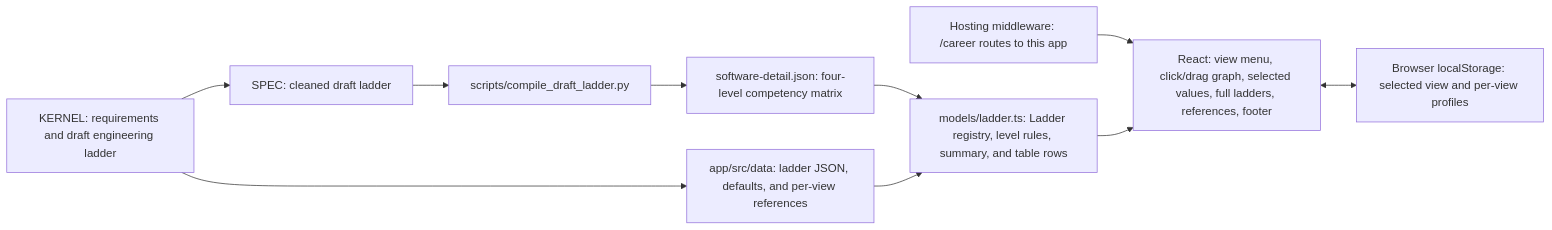
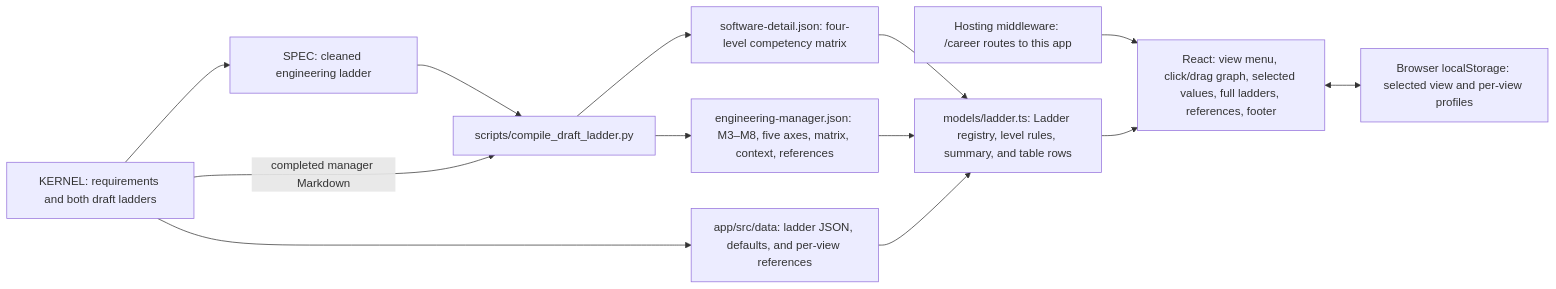
Before and after one commit to johnpfeiffer/career: the first of 2 diagrams in architecture.md, drawn with Mermaid. The commit also changed other lines of this file and 18 other files, not shown here.

Commit message:
refactor to generalize to Ladder, add substantial content to get MVP engineering manager track

````diff
--- a/architecture.md
+++ b/architecture.md
@@ -7,12 +7,15 @@
 ```mermaid
 flowchart LR
-    K["KERNEL: requirements and draft engineering ladder"] --> M["SPEC: cleaned draft ladder"]
+    K["KERNEL: requirements and both draft ladders"] --> M["SPEC: cleaned engineering ladder"]
     M --> C["scripts/compile_draft_ladder.py"]
+    K -->|"completed manager Markdown"| C
     C --> D["software-detail.json: four-level competency matrix"]
+    C --> E["engineering-manager.json: M3–M8, five axes, matrix, context, references"]
     K --> J["app/src/data: ladder JSON, defaults, and per-view references"]
     D --> L["models/ladder.ts: Ladder registry, level rules, summary, and table rows"]
+    E --> L
     J --> L
     W["Hosting middleware: /career routes to this app"] --> V
     L --> V["React: view menu, click/drag graph, selected values, full ladders, references, footer"]
     V <--> S["Browser localStorage: selected view and per-view profiles"]
 ```
````
